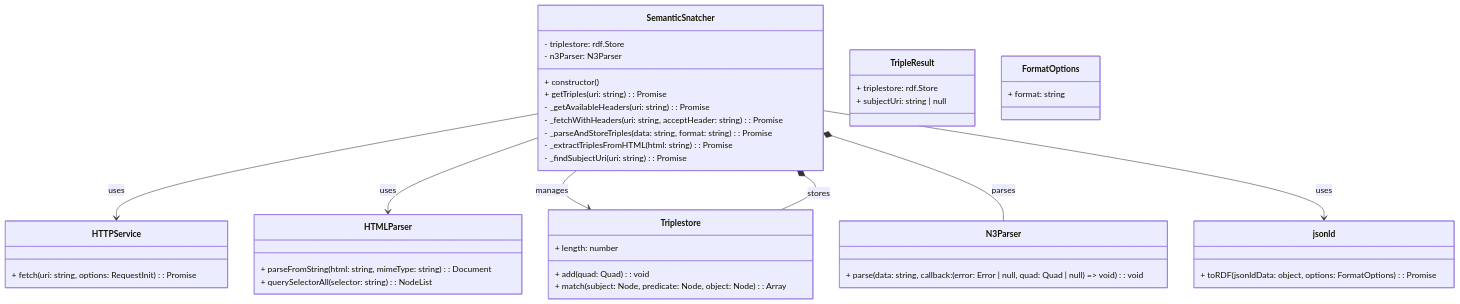
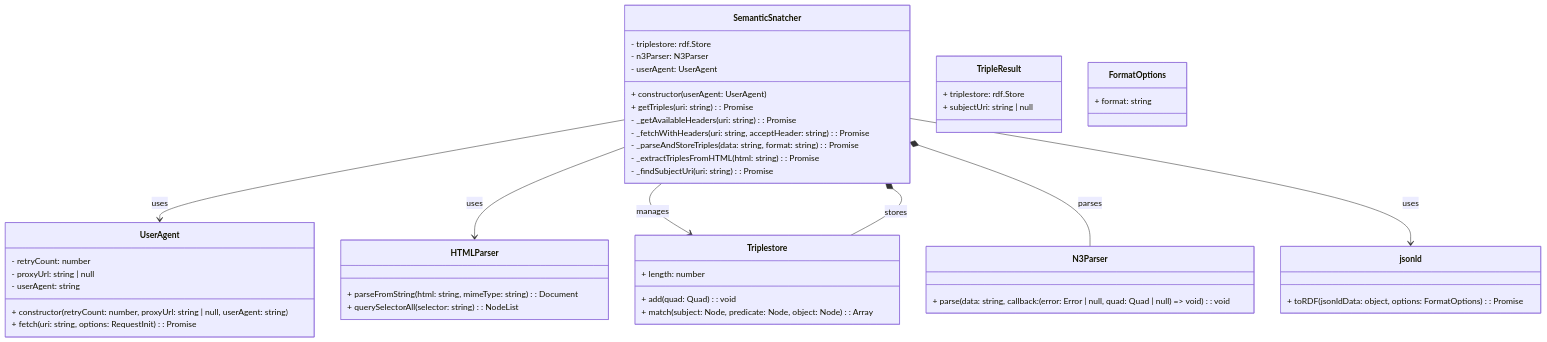
One commit to cedricdcc/semantic-snatcher changed the third of 3 diagrams in README.md. Above: the diagram before and after it, drawn with Mermaid. The commit also changed other lines of this file, not shown here.

Commit message:
refactor: replace HTTPService with UserAgent in sequence diagram and class diagram

````diff
--- a/README.md
+++ b/README.md
@@ -169,55 +169,60 @@
 ```mermaid
 classDiagram
     class SemanticSnatcher {
         - triplestore: rdf.Store
         - n3Parser: N3Parser
-        + constructor()
+        - userAgent: UserAgent
+        + constructor(userAgent: UserAgent)
         + getTriples(uri: string): Promise<TripleResult>
         - _getAvailableHeaders(uri: string): Promise<string[]>
         - _fetchWithHeaders(uri: string, acceptHeader: string): Promise<string | null>
         - _parseAndStoreTriples(data: string, format: string): Promise<void>
         - _extractTriplesFromHTML(html: string): Promise<void>
         - _findSubjectUri(uri: string): Promise<string | null>
     }
 
-    SemanticSnatcher --> HTTPService : uses
+    SemanticSnatcher --> UserAgent : uses
     SemanticSnatcher --> HTMLParser : uses
     SemanticSnatcher --> Triplestore : manages
 
-    class HTTPService {
-        + fetch(uri: string, options: RequestInit): Promise<Response>
+    class UserAgent {
+        - retryCount: number
+        - proxyUrl: string | null
+        - userAgent: string
+        + constructor(retryCount: number, proxyUrl: string | null, userAgent: string)
+        + fetch(uri: string, options: RequestInit): Promise<Response | null>
     }
 
     class HTMLParser {
         + parseFromString(html: string, mimeType: string): Document
         + querySelectorAll(selector: string): NodeList
     }
 
     class Triplestore {
         + add(quad: Quad): void
         + match(subject: Node, predicate: Node, object: Node): Array<Quad>
         + length: number
     }
 
     class N3Parser {
         + parse(data: string, callback: (error: Error | null, quad: Quad | null) => void): void
     }
 
     SemanticSnatcher *-- Triplestore : stores
     SemanticSnatcher *-- N3Parser : parses
 
     class jsonld {
         + toRDF(jsonldData: object, options: FormatOptions): Promise<string>
     }
 
     SemanticSnatcher --> jsonld : uses
 
     class TripleResult {
         + triplestore: rdf.Store
         + subjectUri: string | null
     }
 
     class FormatOptions {
         + format: string
     }
 ```
````
